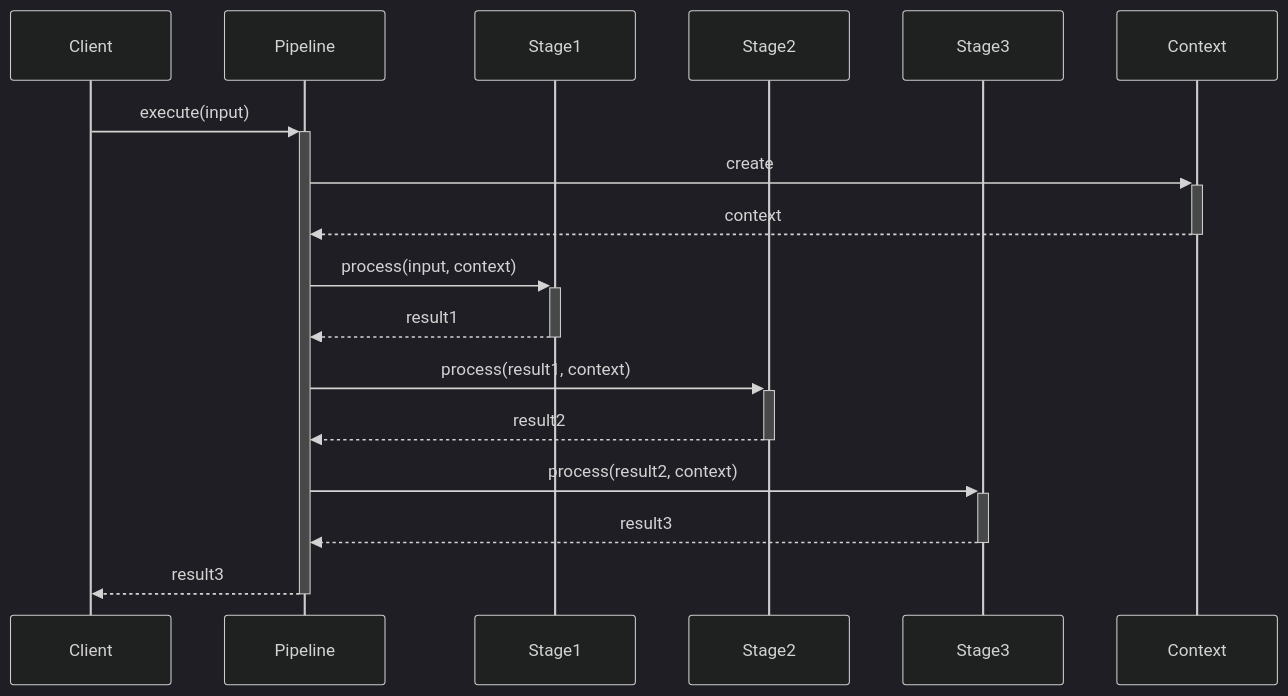
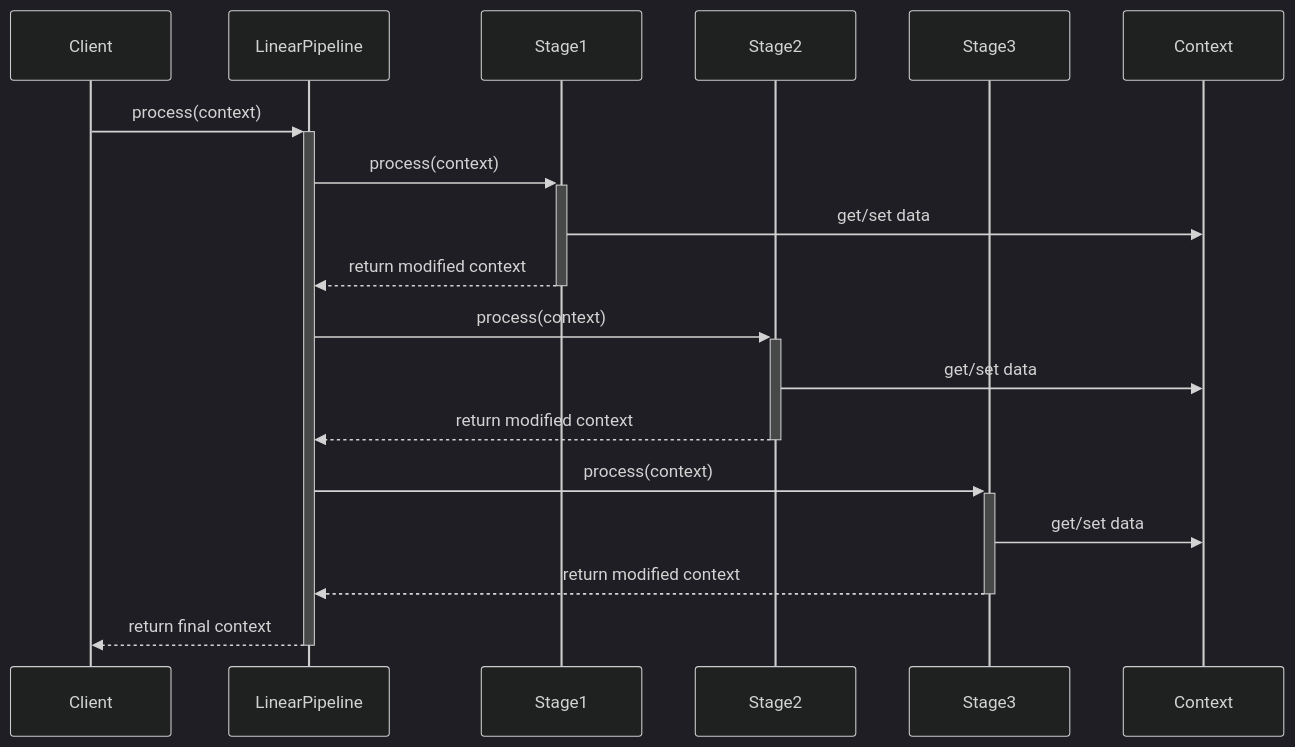
One commit to scimbe/VS_Pattern_By_KI changed the sixth of 11 diagrams in Pipeline/docs/README.md. Above: the diagram before and after it, drawn with Mermaid (dark theme). The commit also changed other lines of this file and 19 other files, not shown here.

````diff
--- a/Pipeline/docs/README.md
+++ b/Pipeline/docs/README.md
@@ -222,24 +179,24 @@
 ```mermaid
 sequenceDiagram
     participant Client
-    participant Pipeline
+    participant Pipeline as LinearPipeline
     participant Stage1
     participant Stage2
     participant Stage3
     participant Context
 
-    Client->>+Pipeline: execute(input)
-    Pipeline->>+Context: create
-    Context-->>-Pipeline: context
+    Client->>+Pipeline: process(context)
+    Pipeline->>+Stage1: process(context)
+    Stage1->>Context: get/set data
+    Stage1-->>-Pipeline: return modified context
     
-    Pipeline->>+Stage1: process(input, context)
-    Stage1-->>-Pipeline: result1
+    Pipeline->>+Stage2: process(context)
+    Stage2->>Context: get/set data
+    Stage2-->>-Pipeline: return modified context
     
-    Pipeline->>+Stage2: process(result1, context)
-    Stage2-->>-Pipeline: result2
+    Pipeline->>+Stage3: process(context)
+    Stage3->>Context: get/set data
+    Stage3-->>-Pipeline: return modified context
     
-    Pipeline->>+Stage3: process(result2, context)
-    Stage3-->>-Pipeline: result3
-    
-    Pipeline-->>-Client: result3
+    Pipeline-->>-Client: return final context
 ```
````
